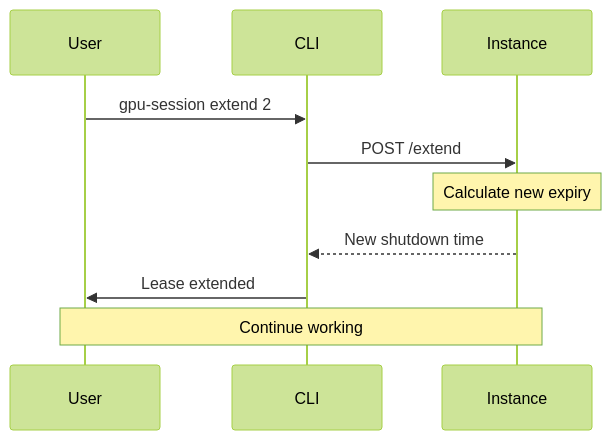
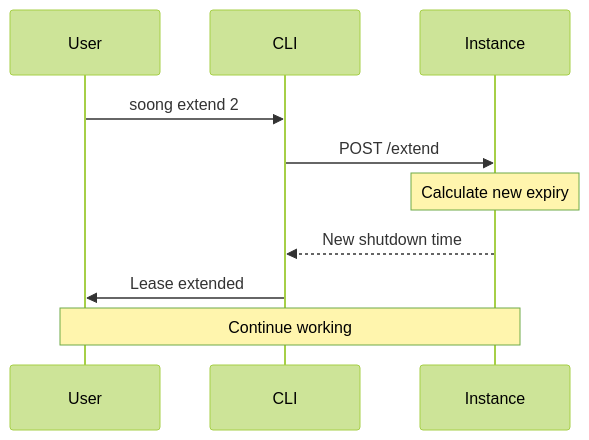
The diagram in docs/guides/managing-leases.md (axiomantic/soong), drawn with Mermaid (forest theme) before and after one commit. The commit also changed other lines of this file and 61 other files, not shown here.

````diff
--- a/docs/guides/managing-leases.md
+++ b/docs/guides/managing-leases.md
@@ -144,13 +144,13 @@
 ```mermaid
 sequenceDiagram
     participant User
     participant CLI
     participant Instance
 
-    User->>CLI: gpu-session extend 2
+    User->>CLI: soong extend 2
     CLI->>Instance: POST /extend
     Note over Instance: Calculate new expiry
     Instance-->>CLI: New shutdown time
     CLI->>User: Lease extended
     Note over User,Instance: Continue working
 ```
````
